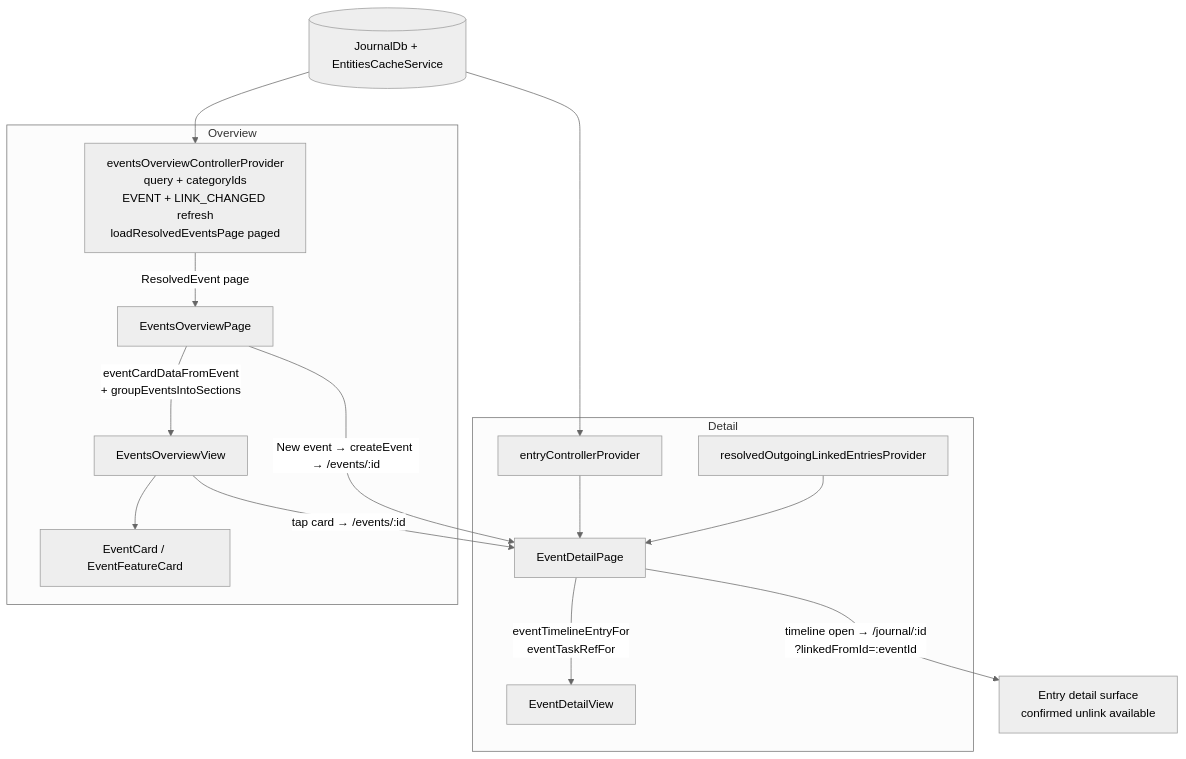
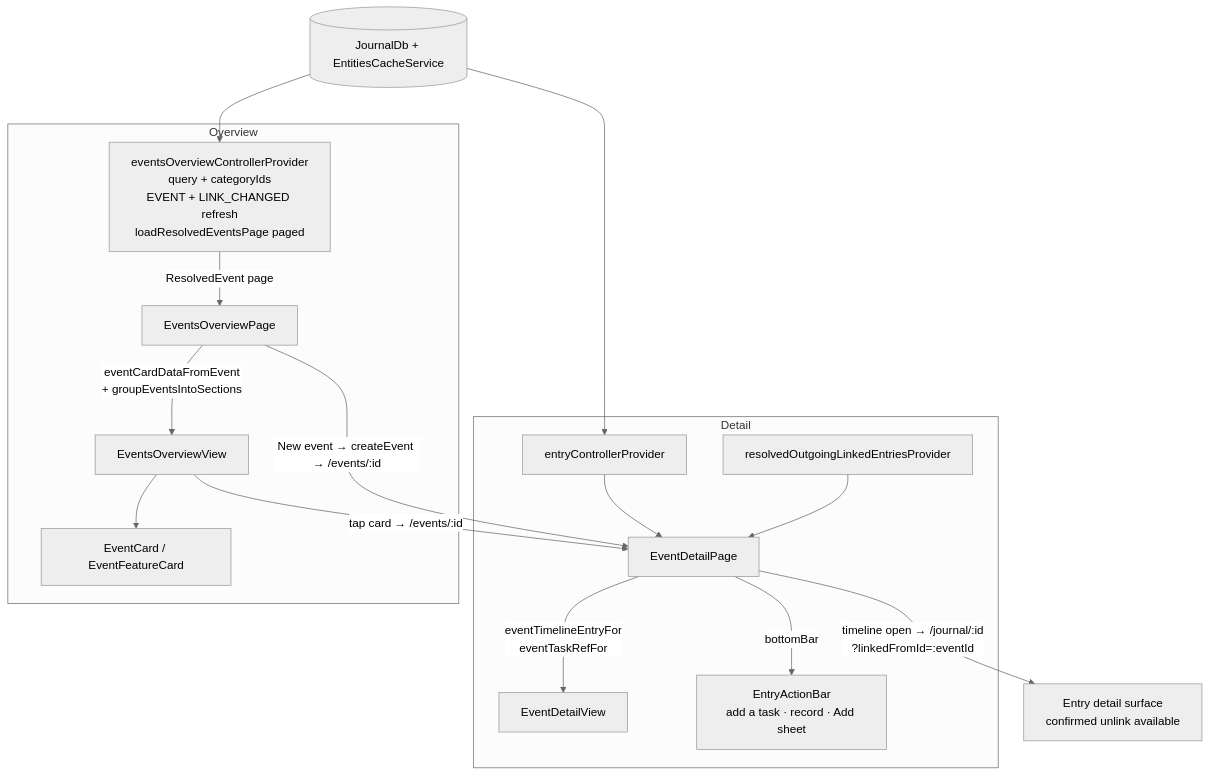
The first of 2 diagrams in knowledge/features/events.md (matthiasn/lotti), drawn with Mermaid (neutral theme) before and after one commit. The commit also changed other lines of this file and 52 other files, not shown here.

Commit message:
feat(events): dock the entry action bar on an event's page instead of the section add buttons

````diff
--- a/knowledge/features/events.md
+++ b/knowledge/features/events.md
@@ -36,22 +36,23 @@
 ```mermaid
 flowchart TD
     DB[(JournalDb + EntitiesCacheService)]
 
     subgraph Overview
       ESP[eventsOverviewControllerProvider<br/>query + categoryIds<br/>EVENT + LINK_CHANGED refresh<br/>loadResolvedEventsPage paged] -->|ResolvedEvent page| OP[EventsOverviewPage]
       OP -->|eventCardDataFromEvent<br/>+ groupEventsIntoSections| OV[EventsOverviewView]
       OV --> CARD[EventCard / EventFeatureCard]
     end
 
     subgraph Detail
       EC[entryControllerProvider] --> DP[EventDetailPage]
       RLE[resolvedOutgoingLinkedEntriesProvider] --> DP
       DP -->|eventTimelineEntryFor<br/>eventTaskRefFor| DV[EventDetailView]
+      DP -->|bottomBar| BAR[EntryActionBar<br/>add a task · record · Add sheet]
     end
 
     DB --> ESP
     DB --> EC
     OV -->|tap card → /events/:id| DP
     OP -->|New event → createEvent → /events/:id| DP
     DP -->|timeline open → /journal/:id<br/>?linkedFromId=:eventId| LEGACY[Entry detail surface<br/>confirmed unlink available]
 ```
````
